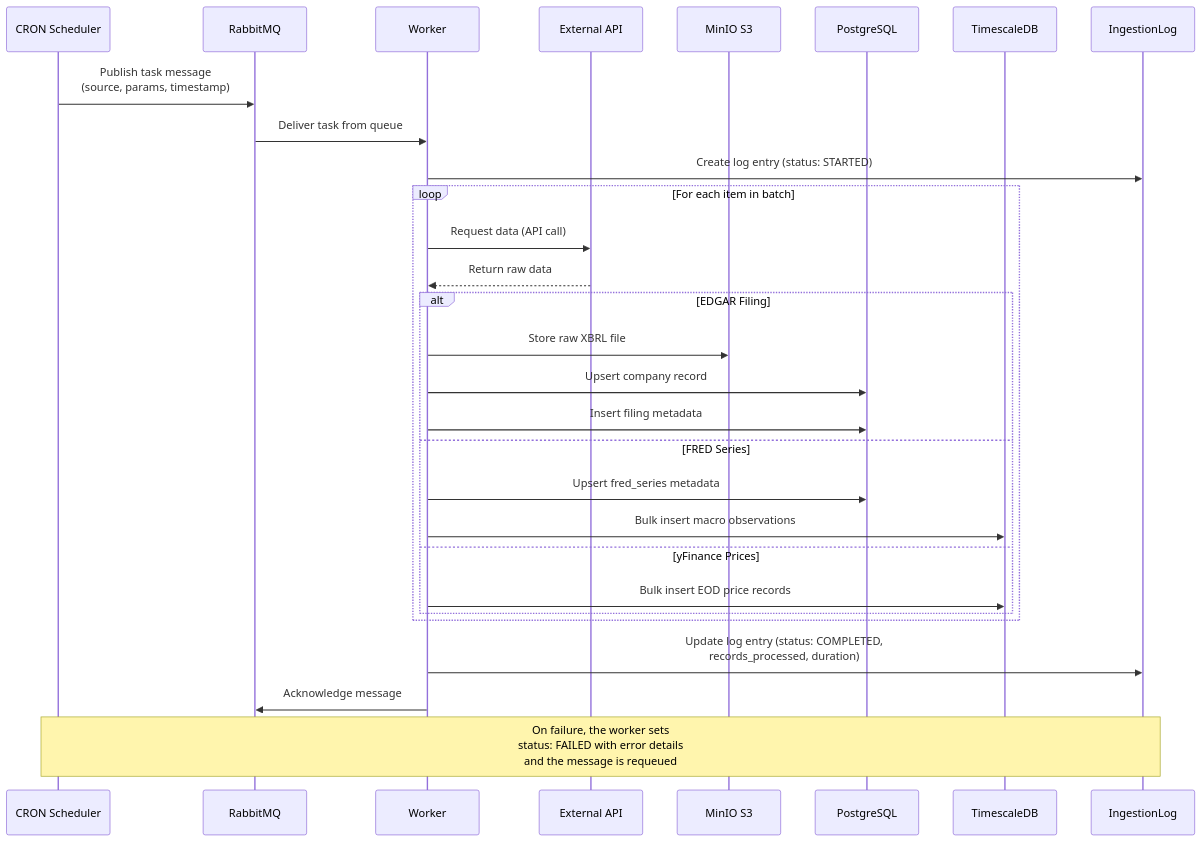
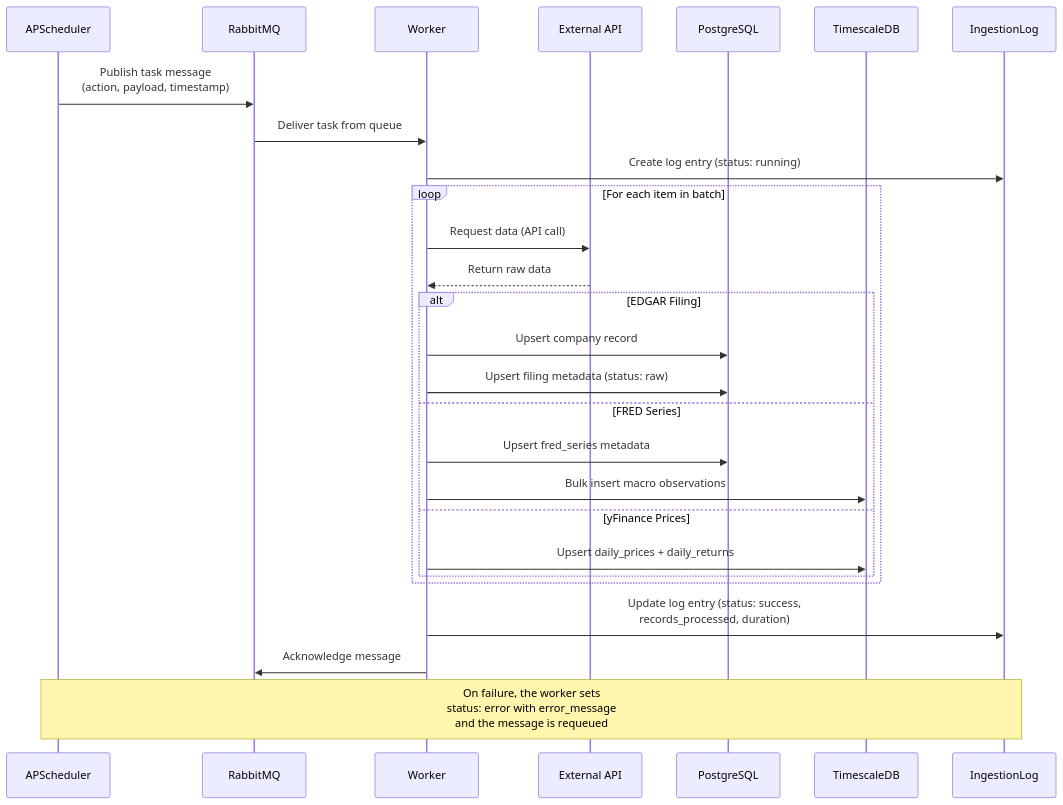
One commit to shantanumahale/excella changed the third of 10 diagrams in system-design/architecture.md. Above: the diagram before and after it, drawn with Mermaid. The commit also changed other lines of this file and 7 other files, not shown here.

````diff
--- a/system-design/architecture.md
+++ b/system-design/architecture.md
@@ -125,37 +125,35 @@
 ```mermaid
 sequenceDiagram
-    participant CRON as CRON Scheduler
+    participant CRON as APScheduler
     participant RMQ as RabbitMQ
     participant W as Worker
     participant EXT as External API
-    participant S3 as MinIO S3
     participant PG as PostgreSQL
     participant TSDB as TimescaleDB
     participant LOG as IngestionLog
 
-    CRON->>RMQ: Publish task message<br/>(source, params, timestamp)
+    CRON->>RMQ: Publish task message<br/>(action, payload, timestamp)
     RMQ->>W: Deliver task from queue
 
-    W->>LOG: Create log entry (status: STARTED)
+    W->>LOG: Create log entry (status: running)
 
     loop For each item in batch
         W->>EXT: Request data (API call)
         EXT-->>W: Return raw data
 
         alt EDGAR Filing
-            W->>S3: Store raw XBRL file
             W->>PG: Upsert company record
-            W->>PG: Insert filing metadata
+            W->>PG: Upsert filing metadata (status: raw)
         else FRED Series
             W->>PG: Upsert fred_series metadata
             W->>TSDB: Bulk insert macro observations
         else yFinance Prices
-            W->>TSDB: Bulk insert EOD price records
+            W->>TSDB: Upsert daily_prices + daily_returns
         end
     end
 
-    W->>LOG: Update log entry (status: COMPLETED,<br/>records_processed, duration)
+    W->>LOG: Update log entry (status: success,<br/>records_processed, duration)
     W->>RMQ: Acknowledge message
 
-    Note over CRON,LOG: On failure, the worker sets<br/>status: FAILED with error details<br/>and the message is requeued
+    Note over CRON,LOG: On failure, the worker sets<br/>status: error with error_message<br/>and the message is requeued
 ```
````
